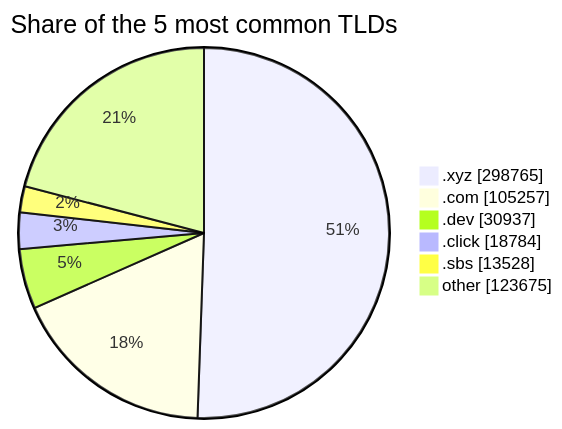
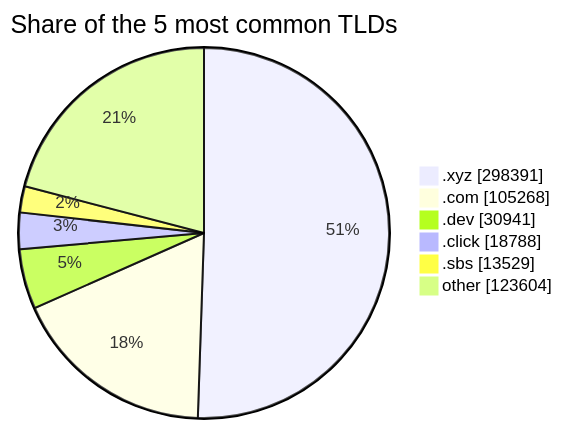
The third of 3 diagrams in README.md (DNSBunker/CTI), drawn with Mermaid before and after one commit. The commit also changed other lines of this file and 3 other files, not shown here.

````diff
--- a/README.md
+++ b/README.md
@@ -81,9 +81,9 @@
 ```mermaid
 pie showData title Share of the 5 most common TLDs
-    ".xyz" : 298765
-    ".com" : 105257
-    ".dev" : 30937
-    ".click" : 18784
-    ".sbs" : 13528
-    "other" : 123675
+    ".xyz" : 298391
+    ".com" : 105268
+    ".dev" : 30941
+    ".click" : 18788
+    ".sbs" : 13529
+    "other" : 123604
 ```
````
